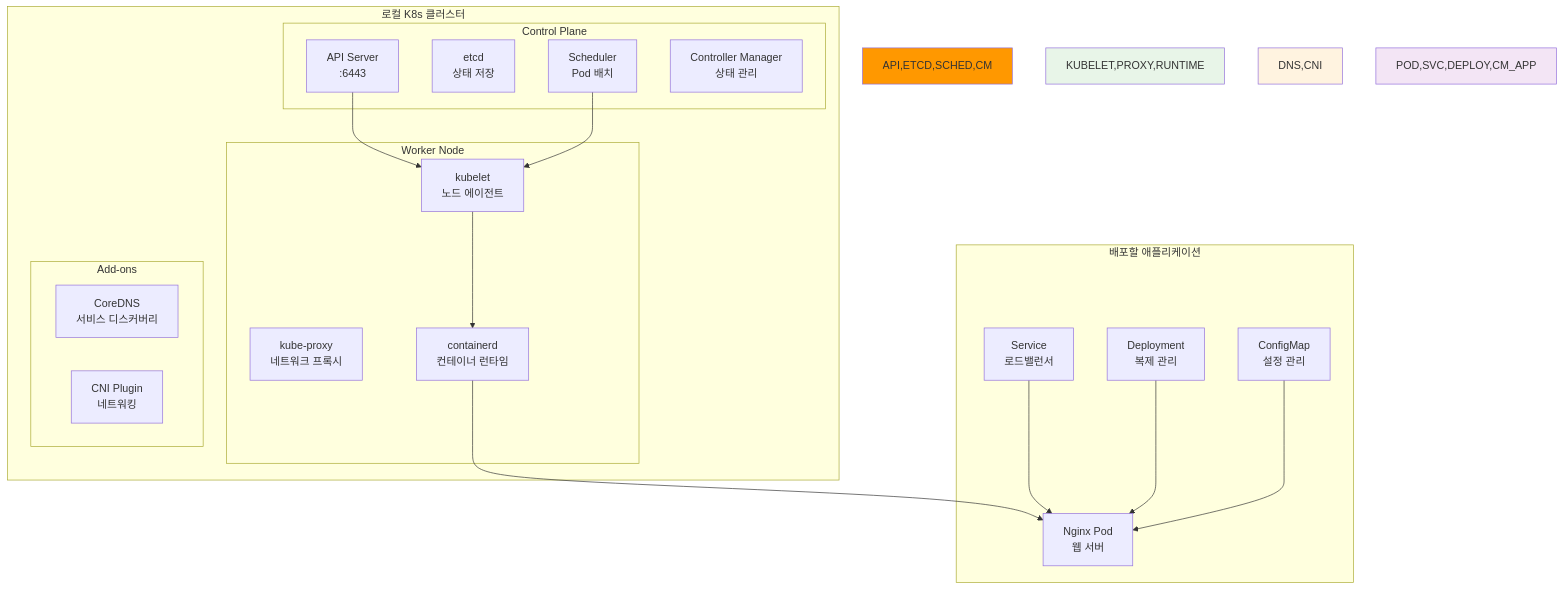
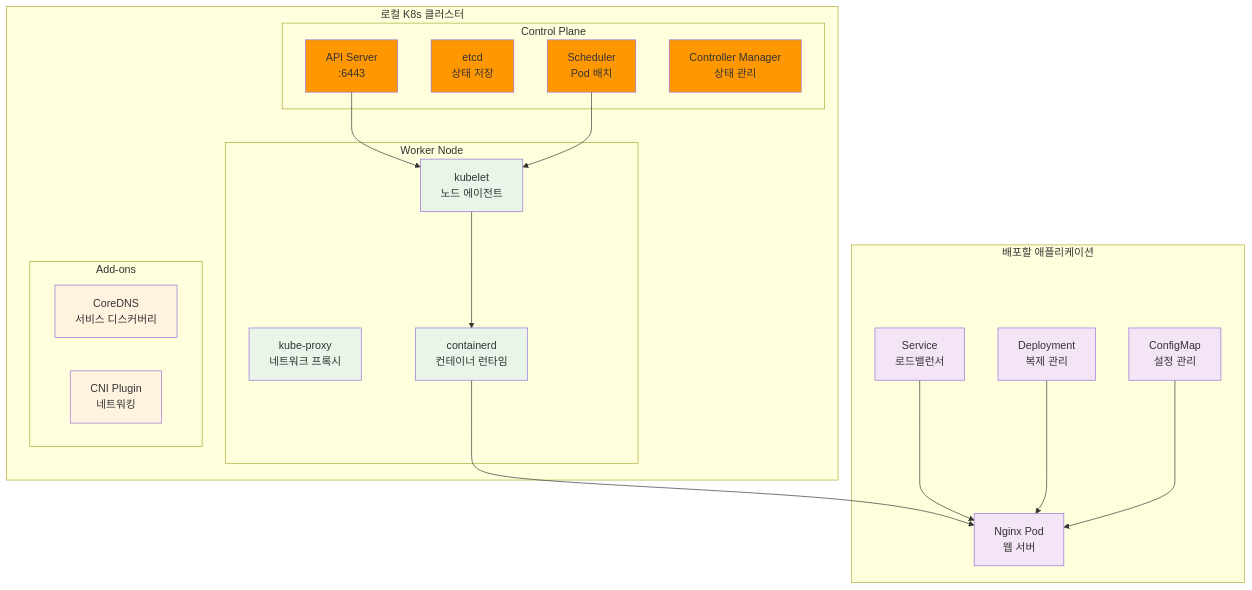
One commit to niceguy61/kdt_devops_lecture_2025 changed the diagram in theory/week_02/day4/lab_1.md. Above: the diagram before and after it, drawn with Mermaid. The commit also changed 63 other files, not shown here.

````diff
--- a/theory/week_02/day4/lab_1.md
+++ b/theory/week_02/day4/lab_1.md
@@ -29,42 +29,51 @@
 ```mermaid
 graph TB
     subgraph "로컬 K8s 클러스터"
         subgraph "Control Plane"
             API[API Server<br/>:6443]
             ETCD[etcd<br/>상태 저장]
             SCHED[Scheduler<br/>Pod 배치]
             CM[Controller Manager<br/>상태 관리]
         end
         
         subgraph "Worker Node"
             KUBELET[kubelet<br/>노드 에이전트]
             PROXY[kube-proxy<br/>네트워크 프록시]
             RUNTIME[containerd<br/>컨테이너 런타임]
         end
         
         subgraph "Add-ons"
             DNS[CoreDNS<br/>서비스 디스커버리]
             CNI[CNI Plugin<br/>네트워킹]
         end
     end
     
     subgraph "배포할 애플리케이션"
         POD[Nginx Pod<br/>웹 서버]
         SVC[Service<br/>로드밸런서]
         DEPLOY[Deployment<br/>복제 관리]
         CM_APP[ConfigMap<br/>설정 관리]
     end
     
     API --> KUBELET
     SCHED --> KUBELET
     KUBELET --> RUNTIME
     RUNTIME --> POD
     SVC --> POD
     DEPLOY --> POD
     CM_APP --> POD
     
-    style API,ETCD,SCHED,CM fill:#ff9800
-    style KUBELET,PROXY,RUNTIME fill:#e8f5e8
-    style DNS,CNI fill:#fff3e0
-    style POD,SVC,DEPLOY,CM_APP fill:#f3e5f5
+    style API fill:#ff9800
+    style ETCD fill:#ff9800
+    style SCHED fill:#ff9800
+    style CM fill:#ff9800
+    style KUBELET fill:#e8f5e8
+    style PROXY fill:#e8f5e8
+    style RUNTIME fill:#e8f5e8
+    style DNS fill:#fff3e0
+    style CNI fill:#fff3e0
+    style POD fill:#f3e5f5
+    style SVC fill:#f3e5f5
+    style DEPLOY fill:#f3e5f5
+    style CM_APP fill:#f3e5f5
 ```
````
